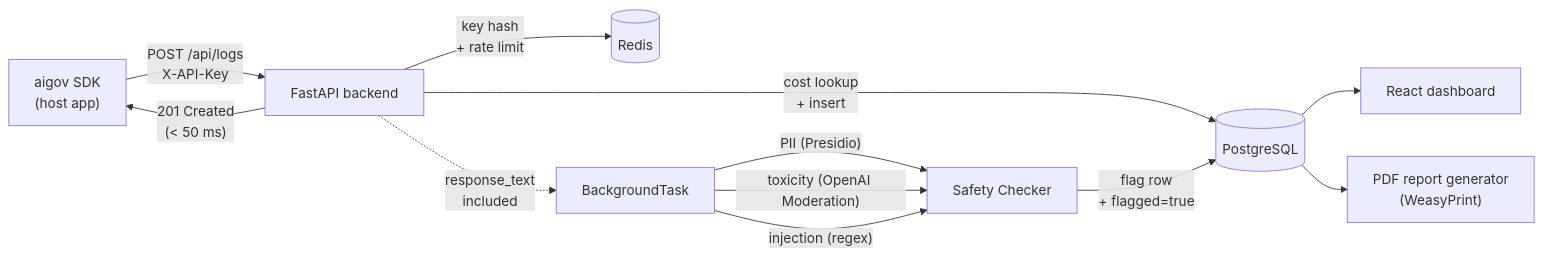
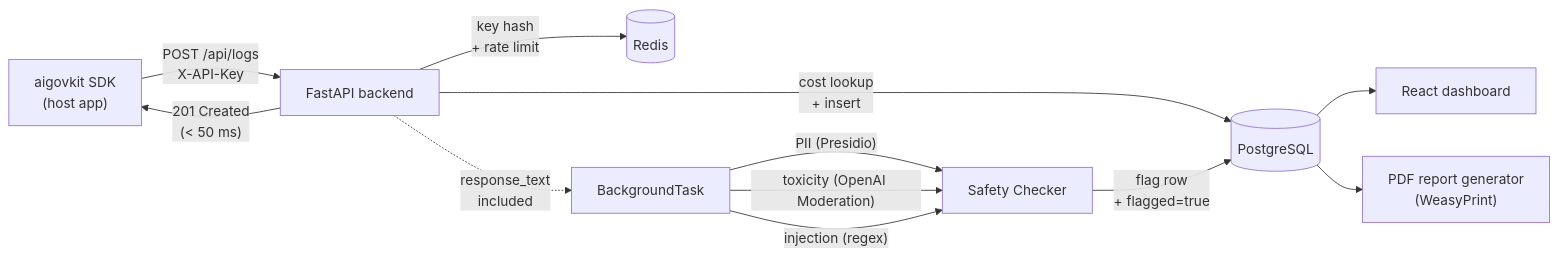
Before and after one commit to amiraijaz/ai-governance-dashboard: the diagram in README.md, drawn with Mermaid. The commit also changed other lines of this file and 1 other file, not shown here.

````diff
--- a/README.md
+++ b/README.md
@@ -30,17 +30,17 @@
 ```mermaid
 flowchart LR
-    SDK["aigov SDK<br/>(host app)"] -->|"POST /api/logs<br/>X-API-Key"| API[FastAPI backend]
+    SDK["aigovkit SDK<br/>(host app)"] -->|"POST /api/logs<br/>X-API-Key"| API[FastAPI backend]
 
     API -->|cost lookup<br/>+ insert| PG[(PostgreSQL)]
     API -->|"key hash<br/>+ rate limit"| RD[(Redis)]
     API -->|"201 Created<br/>(< 50 ms)"| SDK
 
     API -. "response_text<br/>included" .-> BG["BackgroundTask"]
     BG -->|"PII (Presidio)"| SC[Safety Checker]
     BG -->|"toxicity (OpenAI Moderation)"| SC
     BG -->|"injection (regex)"| SC
     SC -->|"flag row<br/>+ flagged=true"| PG
 
     PG --> UI[React dashboard]
     PG --> RPT["PDF report generator<br/>(WeasyPrint)"]
 ```
````
